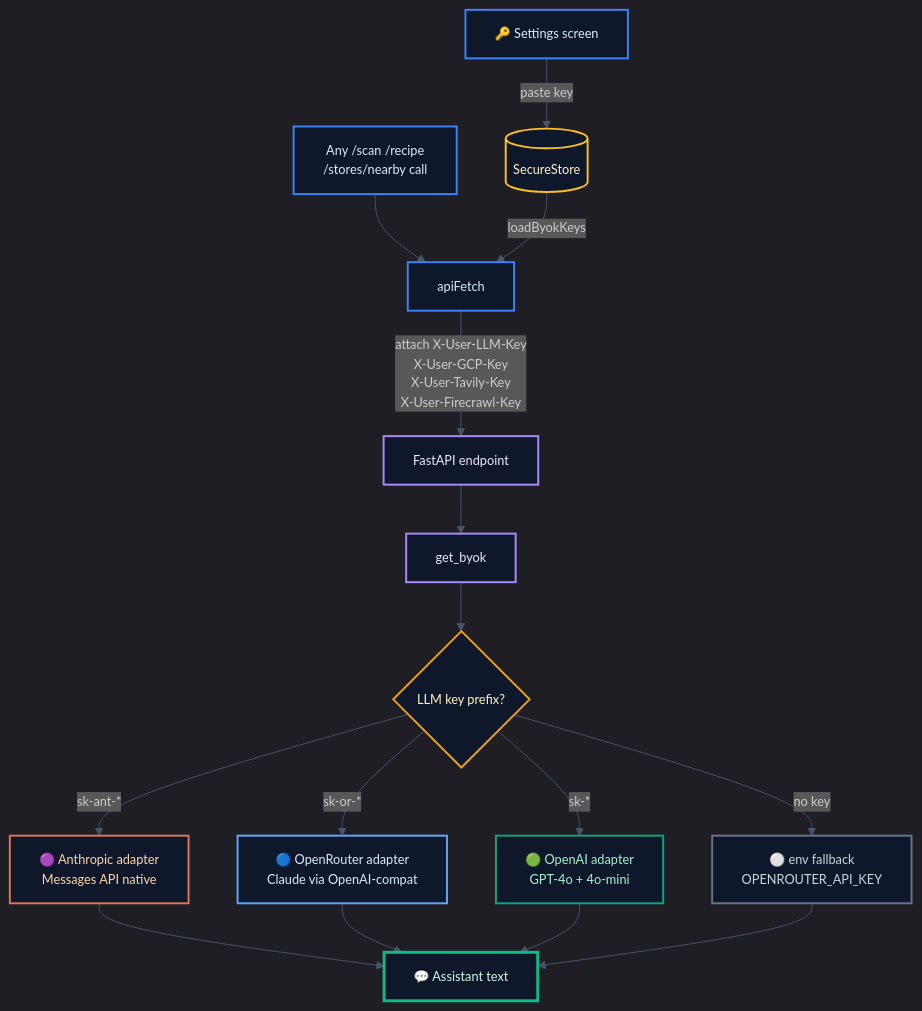
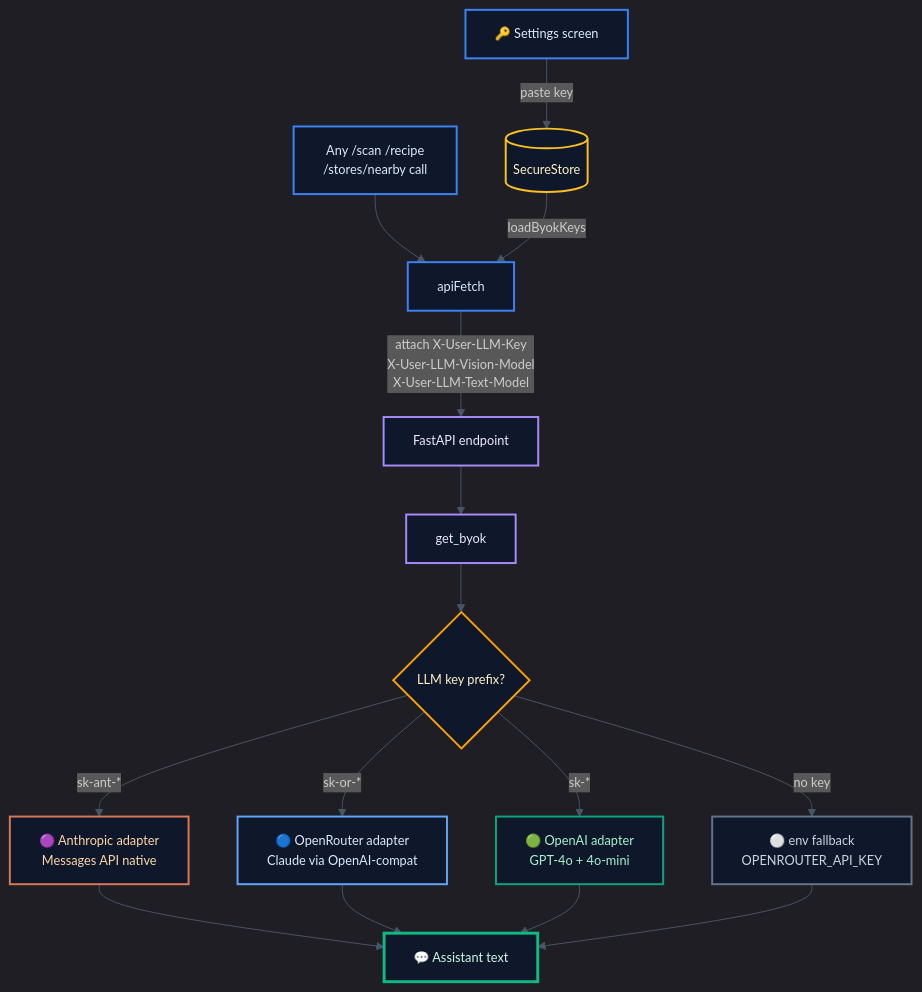
The fourth of 5 diagrams in README.md (p-kowadkar/HomeCart), drawn with Mermaid before and after one commit. The commit also changed 6 other files, not shown here.

First line of the commit message:
Simplify BYOK to LLM-only; fix model-provider mismatch

````diff
--- a/README.md
+++ b/README.md
@@ -141,25 +141,25 @@
 ```mermaid
 %%{init: {'theme':'dark', 'themeVariables': {'fontSize':'13px', 'fontFamily':'-apple-system, system-ui, sans-serif', 'lineColor':'#475569'}}}%%
 flowchart TB
     Settings["🔑 Settings screen"]:::mobile -->|paste key| SS[("SecureStore")]:::data
     Request["Any /scan /recipe<br/>/stores/nearby call"]:::mobile --> Api["apiFetch"]:::mobile
     SS -->|loadByokKeys| Api
-    Api -->|"attach X-User-LLM-Key<br/>X-User-GCP-Key<br/>X-User-Tavily-Key<br/>X-User-Firecrawl-Key"| Backend["FastAPI endpoint"]:::backend
+    Api -->|"attach X-User-LLM-Key<br/>X-User-LLM-Vision-Model<br/>X-User-LLM-Text-Model"| Backend["FastAPI endpoint"]:::backend
     Backend --> ByokDep["get_byok"]:::backend
     ByokDep --> Detect{"LLM key prefix?"}:::decision
     Detect -->|sk-ant-*| Anth["🟣 Anthropic adapter<br/>Messages API native"]:::anthropic
     Detect -->|sk-or-*| OR["🔵 OpenRouter adapter<br/>Claude via OpenAI-compat"]:::openrouter
     Detect -->|sk-*| OAI["🟢 OpenAI adapter<br/>GPT-4o + 4o-mini"]:::openai
     Detect -->|no key| Env["⚪ env fallback<br/>OPENROUTER_API_KEY"]:::fallback
     Anth & OR & OAI & Env --> Reply["💬 Assistant text"]:::result
 
     classDef mobile fill:#0F172A,stroke:#3B82F6,stroke-width:2px,color:#DBEAFE
     classDef backend fill:#0F172A,stroke:#A78BFA,stroke-width:2px,color:#EDE9FE
     classDef data fill:#0F172A,stroke:#FBBF24,stroke-width:2px,color:#FEF3C7
     classDef decision fill:#0F172A,stroke:#F59E0B,stroke-width:2px,color:#FEF3C7
     classDef anthropic fill:#0F172A,stroke:#D97757,stroke-width:2px,color:#FED7AA
     classDef openrouter fill:#0F172A,stroke:#60A5FA,stroke-width:2px,color:#DBEAFE
     classDef openai fill:#0F172A,stroke:#10A37F,stroke-width:2px,color:#A7F3D0
     classDef fallback fill:#0F172A,stroke:#64748B,stroke-width:2px,color:#CBD5E1
     classDef result fill:#0F172A,stroke:#10B981,stroke-width:3px,color:#D1FAE5
 ```
````
